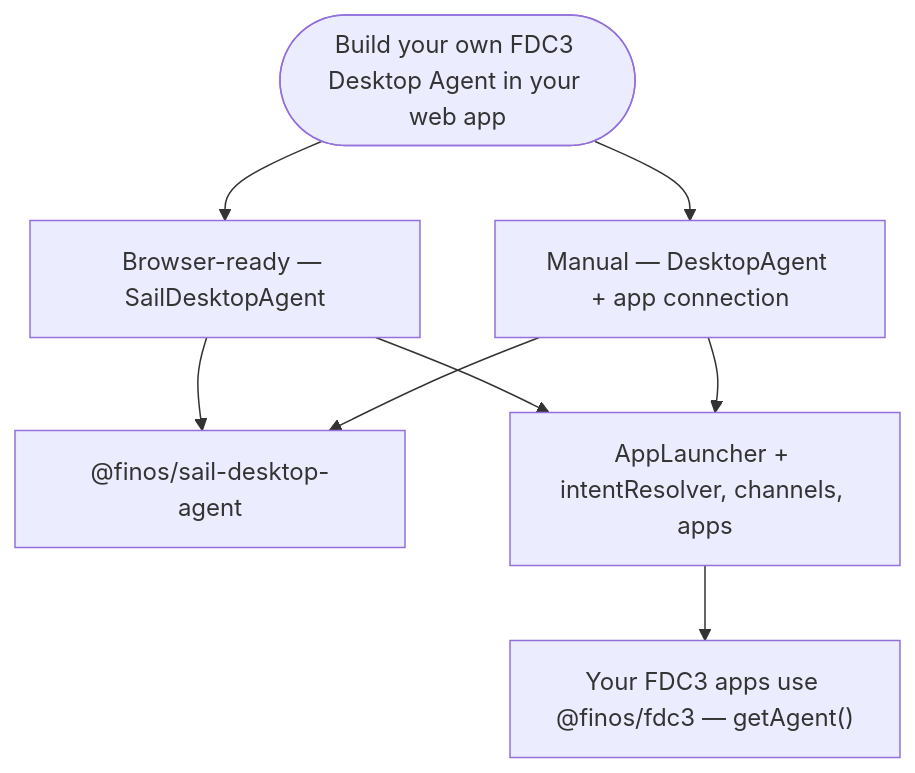
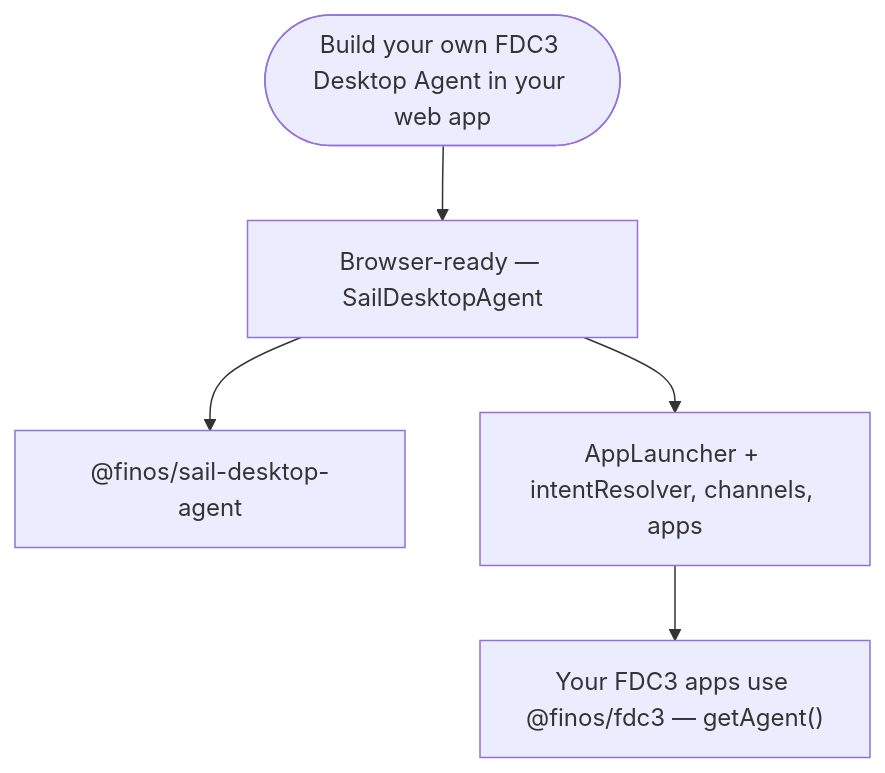
One commit to SeeWhatsOn/FDC3-Sail changed the first of 2 diagrams in website/docs/getting-started.md. Above: the diagram before and after it, drawn with Mermaid. The commit also changed other lines of this file and 11 other files, not shown here.

````diff
--- a/website/docs/getting-started.md
+++ b/website/docs/getting-started.md
@@ -19,15 +19,12 @@
 ```mermaid
 flowchart TD
   Start([Build your own FDC3 Desktop Agent in your web app])
 
   Start --> BrowserReady["Browser-ready — SailDesktopAgent"]
-  Start --> Manual["Manual — DesktopAgent + app connection"]
 
   BrowserReady --> Package["@finos/sail-desktop-agent"]
-  Manual --> Package
 
   BrowserReady --> HostUI[AppLauncher + intentResolver, channels, apps]
-  Manual --> HostUI
 
   HostUI --> Apps["Your FDC3 apps use @finos/fdc3 — getAgent()"]
 ```
````
